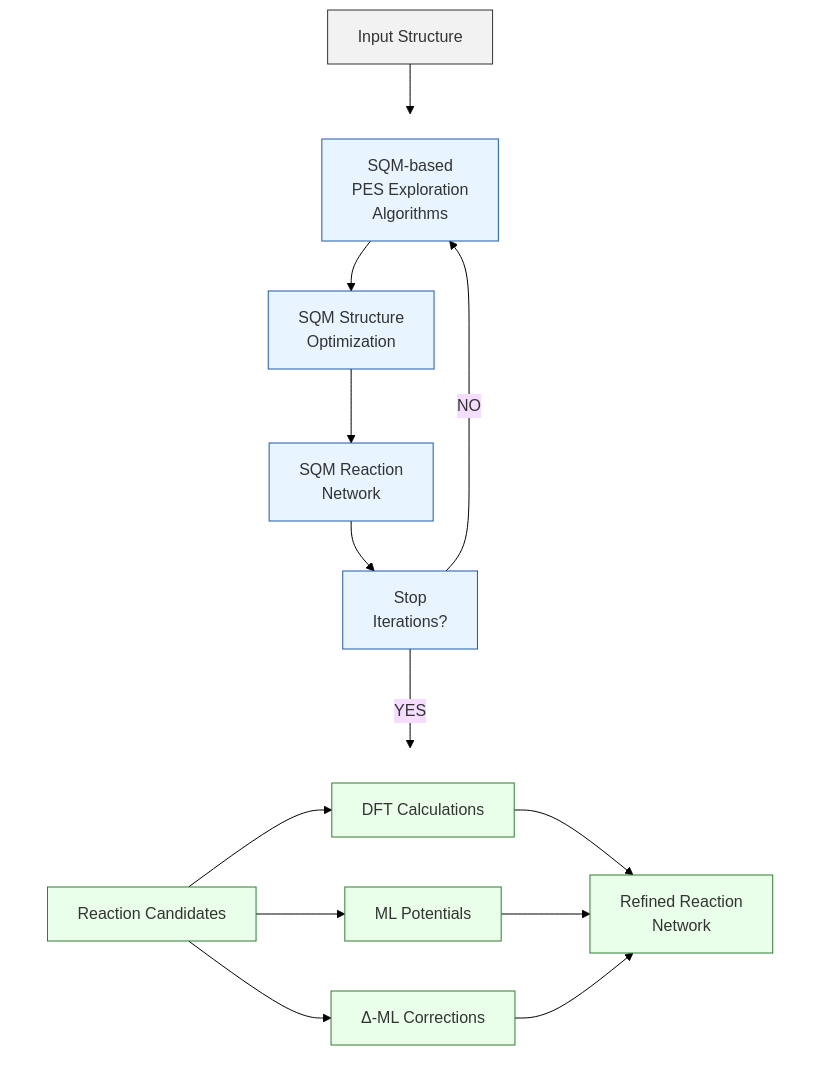
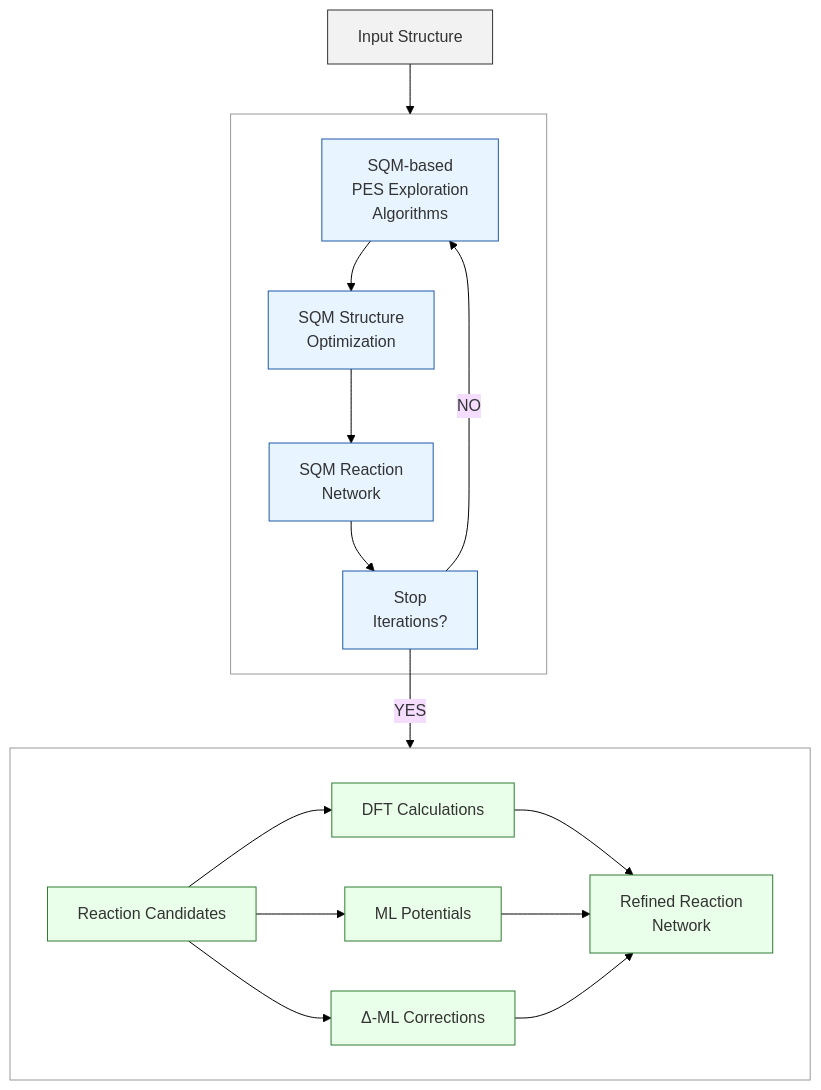
Before and after one commit to emartineznunez/mermaid: the diagram in diagrams/diagrama.mmd, drawn with Mermaid.

```diff
--- a/diagrams/diagrama.mmd
+++ b/diagrams/diagrama.mmd
@@ -1,49 +1,49 @@
 %%{init: {
   'theme': 'base',
   'themeVariables': {
     'background': '#ffffff',
     'clusterBkg': 'transparent',
-    'clusterBorder': 'transparent'
+    'clusterBorder': '#999999'
   }
 }}%%
 flowchart TD
 %% =========================
 %% Input
 %% =========================
 A["Input Structure"]
 %% =========================
 %% Exploration Layer
 %% =========================
 subgraph EXP[" "]
 B1["SQM-based\nPES Exploration\nAlgorithms"]
 B2["SQM Structure\nOptimization"]
 B3["SQM Reaction\nNetwork"]
 B4["Stop\nIterations?"]
 B1 --> B2 --> B3 --> B4
 B4 -->|NO| B1
 end
 A --> EXP
 %% =========================
 %% Refinement Layer
 %% =========================
 subgraph REF[" "]
 C["Reaction Candidates"]
 C --> D["DFT Calculations"]
 C --> E["ML Potentials"]
 C --> F["Δ-ML Corrections"]
 D --> G["Refined Reaction\nNetwork"]
 E --> G
 F --> G
 end
 B4 -->|YES| REF
 %% =========================
 %% STYLING
 %% =========================
 classDef inputFill fill:#f2f2f2,stroke:#333,stroke-width:1px,fill-opacity:1;
 classDef expFill fill:#e8f4ff,stroke:#1e5aa8,stroke-width:1px,fill-opacity:1;
 classDef refFill fill:#eaffea,stroke:#2f7d32,stroke-width:1px,fill-opacity:1;
 classDef outFill fill:#fff4e6,stroke:#b35c00,stroke-width:1px,fill-opacity:1;
 class A inputFill;
 class B1,B2,B3,B4 expFill;
 class C,D,E,F,G,H refFill;
 class I outFill;
```
